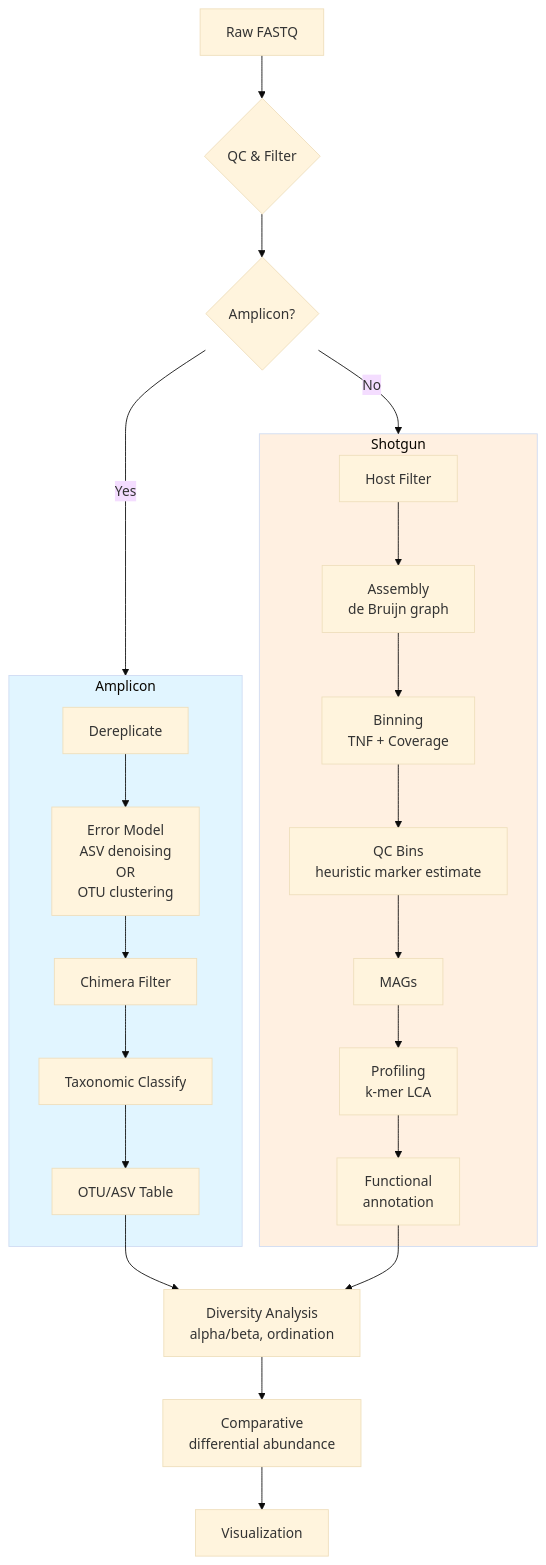
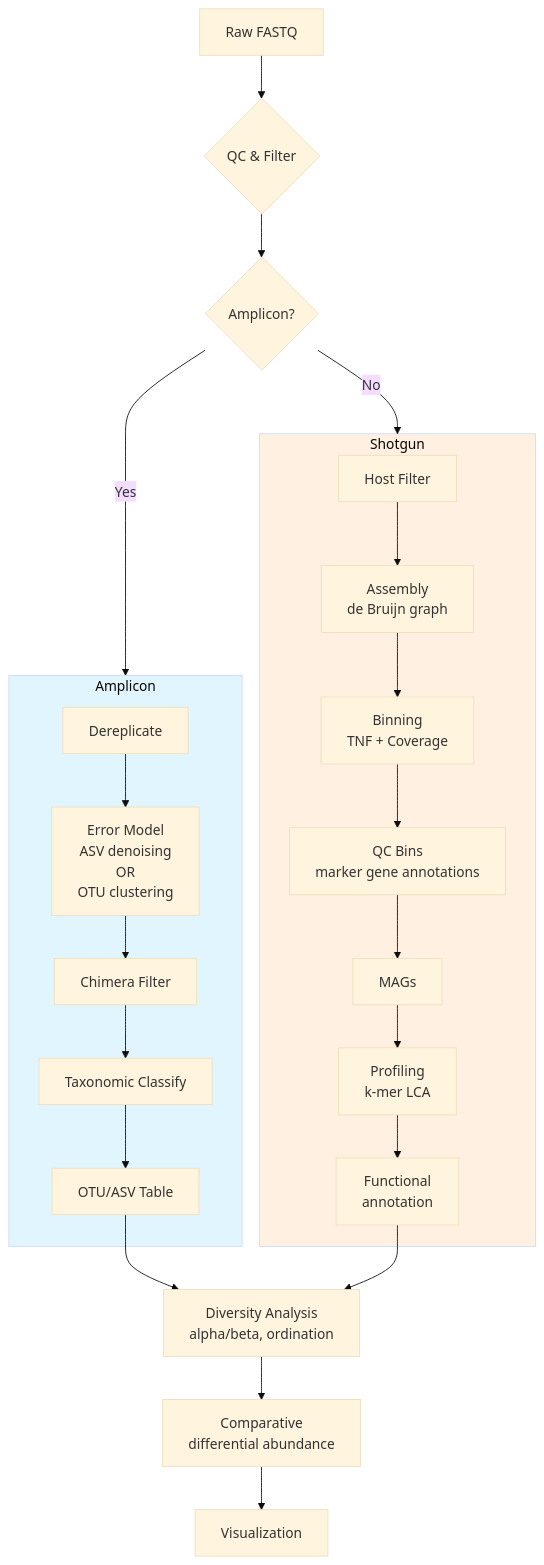
One commit to docxology/MetaInformAnt changed the diagram in docs/metagenomics/ARCHITECTURE.md. Above: the diagram before and after it, drawn with Mermaid (base theme). The commit also changed other lines of this file and 36 other files, not shown here.

````diff
--- a/docs/metagenomics/ARCHITECTURE.md
+++ b/docs/metagenomics/ARCHITECTURE.md
@@ -334,31 +343,31 @@
 ```mermaid
 flowchart TD
     A[Raw FASTQ] --> B{QC & Filter}
     B --> C{Amplicon?}
     C -->|Yes| D[Amplicon Pipeline]
     C -->|No| E[Shotgun Pipeline]
 
     subgraph D [Amplicon]
         D1[Dereplicate] --> D2[Error Model\nASV denoising<br/>OR<br/>OTU clustering]
         D2 --> D3[Chimera Filter]
         D3 --> D4[Taxonomic Classify]
         D4 --> D5[OTU/ASV Table]
     end
 
     subgraph E [Shotgun]
         E1[Host Filter] --> E2[Assembly<br/>de Bruijn graph]
         E2 --> E3[Binning<br/>TNF + Coverage]
-        E3 --> E4[QC Bins<br/>heuristic marker estimate]
+        E3 --> E4[QC Bins<br/>marker gene annotations]
         E4 --> E5[MAGs]
         E5 --> E6[Profiling<br/>k-mer LCA]
         E6 --> E7[Functional<br/>annotation]
     end
 
     D5 --> F[Diversity Analysis<br/>alpha/beta, ordination]
     E7 --> F
     F --> G[Comparative<br/>differential abundance]
     G --> H[Visualization]
 
     style D fill:#e1f5ff
     style E fill:#fff0e1
 ```
````
